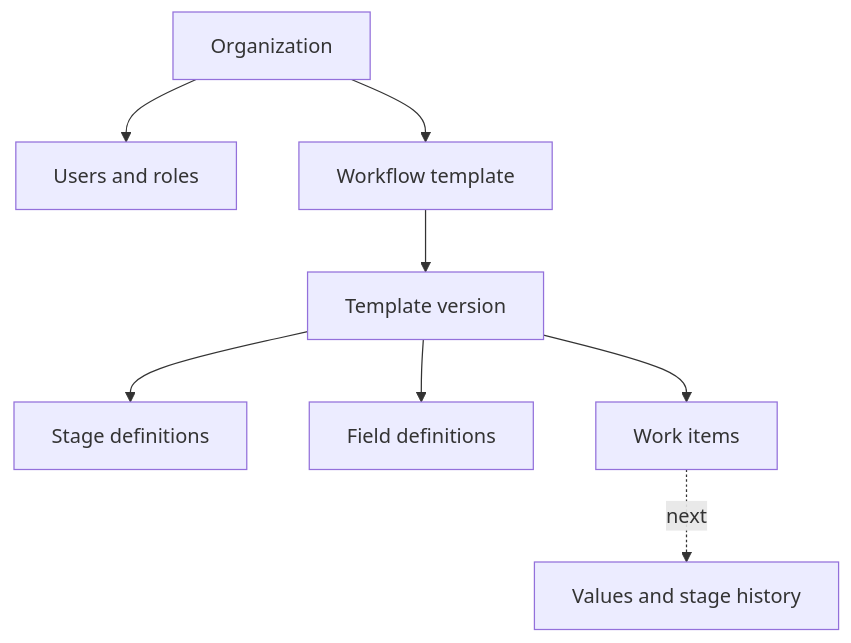
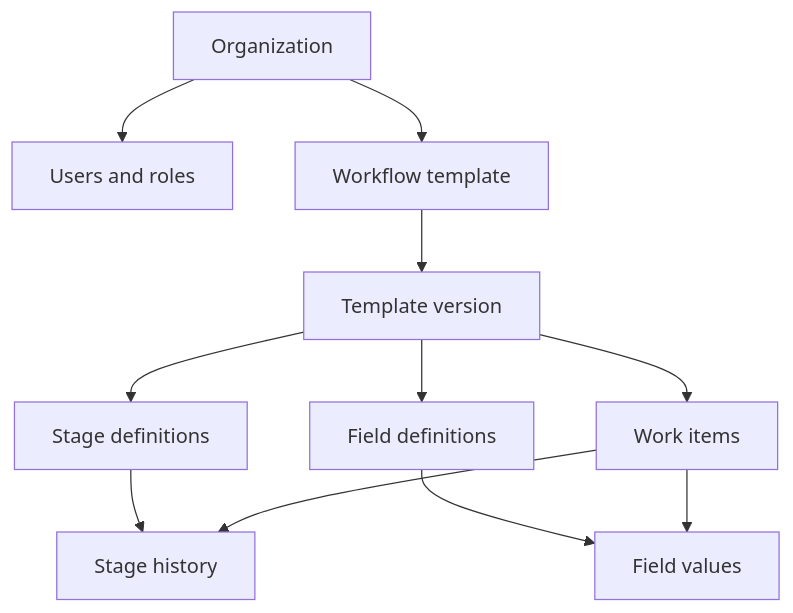
Before and after one commit to kay-freeman/flowlens: the fourth of 4 diagrams in README.md, drawn with Mermaid. The commit also changed other lines of this file and 1 other file, not shown here.

Commit message:
Redesign README and document runtime history

````diff
--- a/README.md
+++ b/README.md
@@ -308,10 +390,13 @@
 ```mermaid
 flowchart TD
     ORG["Organization"] --> ADM["Users and roles"]
     ORG --> WT["Workflow template"]
     WT --> VER["Template version"]
     VER --> STG["Stage definitions"]
     VER --> FLD["Field definitions"]
     VER --> RUN["Work items"]
-    RUN -. next .-> HIST["Values and stage history"]
+    FLD --> VAL["Field values"]
+    RUN --> VAL
+    STG --> HIST["Stage history"]
+    RUN --> HIST
 ```
````
